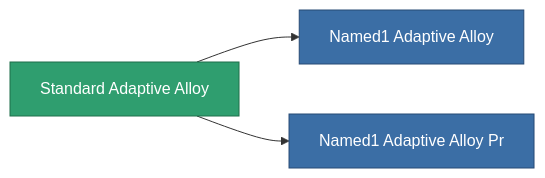
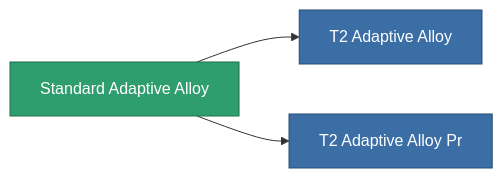
One commit to OpenPerpetuum/Wiki changed the diagram in content/content/items/standard_adaptive_alloy.md. Above: the diagram before and after it, drawn with Mermaid. The commit also changed other lines of this file and 4904 other files, not shown here.

````diff
--- a/content/content/items/standard_adaptive_alloy.md
+++ b/content/content/items/standard_adaptive_alloy.md
@@ -71,13 +49,13 @@
 ```mermaid
 graph LR
     a["Standard Adaptive Alloy"]:::current
-    b["Named1 Adaptive Alloy"]:::prod
+    b["T2 Adaptive Alloy"]:::prod
     a --> b
-    click b "/content/items/named1-adaptive-alloy/" "Named1 Adaptive Alloy"
-    c["Named1 Adaptive Alloy Pr"]:::prod
+    click b "/content/items/named1-adaptive-alloy/" "T2 Adaptive Alloy"
+    c["T2 Adaptive Alloy Pr"]:::prod
     a --> c
-    click c "/content/items/named1-adaptive-alloy-pr/" "Named1 Adaptive Alloy Pr"
+    click c "/content/items/named1-adaptive-alloy-pr/" "T2 Adaptive Alloy Pr"
     classDef current fill:#2f9e6f,stroke:#1f6f4a,color:#ffffff
     classDef prod fill:#3b6ea5,stroke:#274a75,color:#ffffff
     classDef more fill:#39445a,stroke:#54658a,color:#d5dbe8
 ```
````
